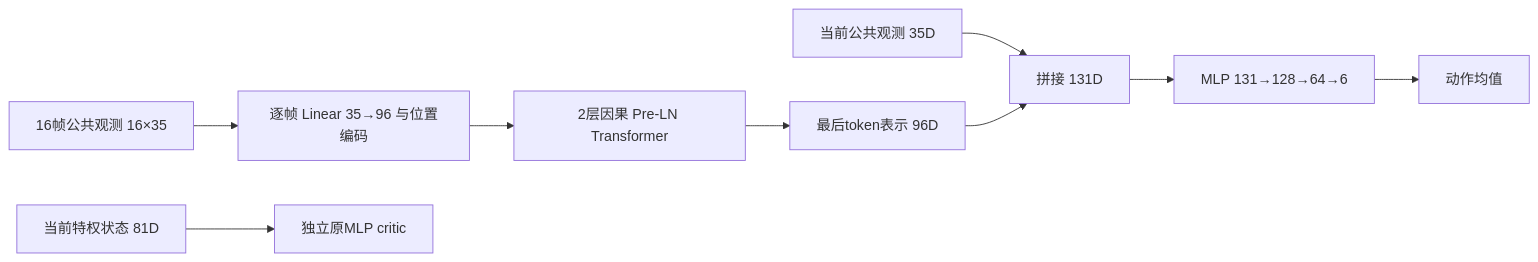
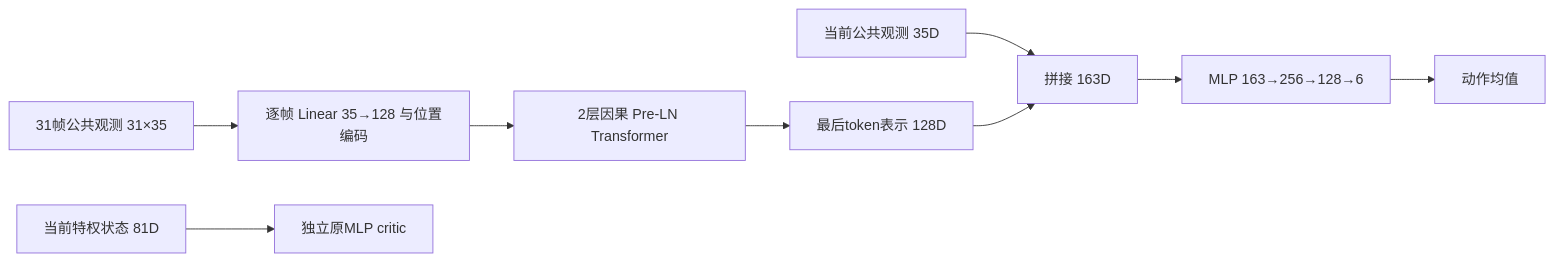
Before and after one commit to Yukikaze2233/transformer_rl: the diagram in docs/FRAME_POLICY_DESIGN.md, drawn with Mermaid. The commit also changed other lines of this file and 28 other files, not shown here.

````diff
--- a/docs/FRAME_POLICY_DESIGN.md
+++ b/docs/FRAME_POLICY_DESIGN.md
@@ -72,11 +72,11 @@
 ```mermaid
 flowchart LR
-    H[16帧公共观测 16×35] --> P[逐帧 Linear 35→96 与位置编码]
+    H[31帧公共观测 31×35] --> P[逐帧 Linear 35→128 与位置编码]
     P --> T[2层因果 Pre-LN Transformer]
-    T --> Z[最后token表示 96D]
-    O[当前公共观测 35D] --> C[拼接 131D]
+    T --> Z[最后token表示 128D]
+    O[当前公共观测 35D] --> C[拼接 163D]
     Z --> C
-    C --> M[MLP 131→128→64→6]
+    C --> M[MLP 163→256→128→6]
     M --> A[动作均值]
     S[当前特权状态 81D] --> V[独立原MLP critic]
 ```
````
